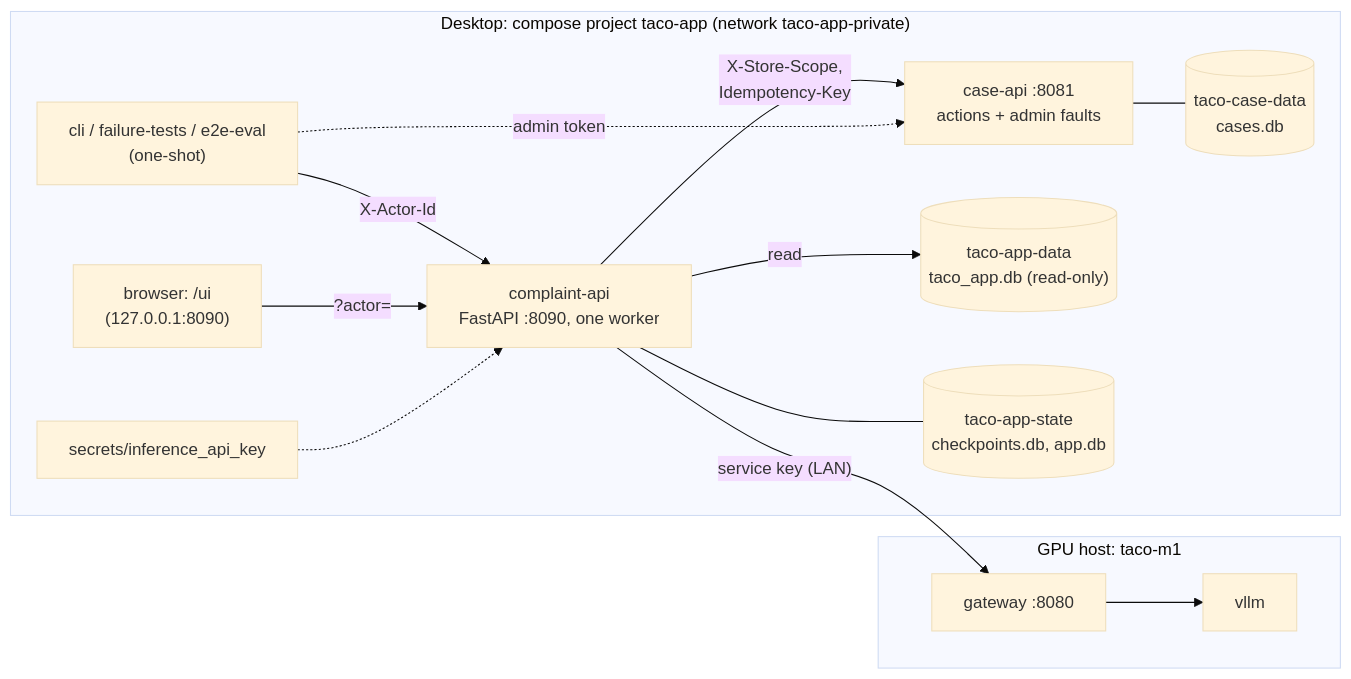
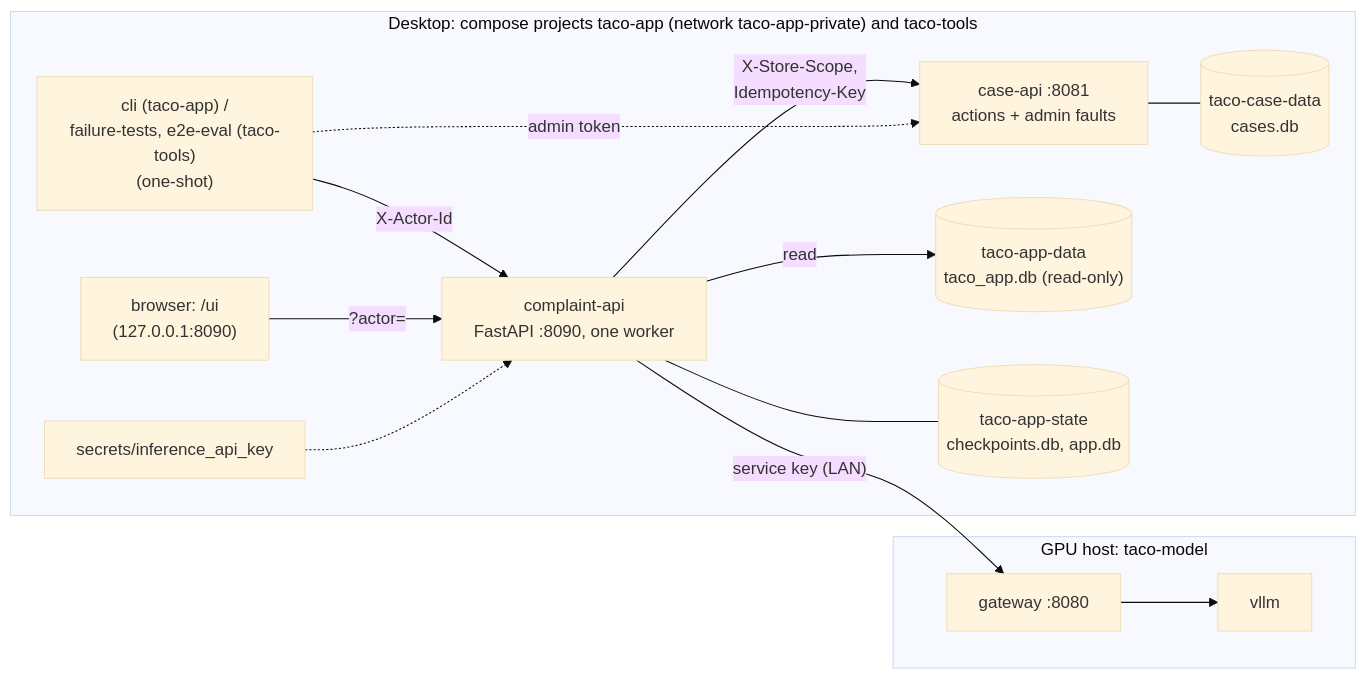
One commit to ned1313/Deploying-and-Operating-Small-Language-Model-Systems changed the eighth of 10 diagrams in ARCHITECTURE.md. Above: the diagram before and after it, drawn with Mermaid (base theme). The commit also changed other lines of this file and 67 other files, not shown here.

````diff
--- a/ARCHITECTURE.md
+++ b/ARCHITECTURE.md
@@ -225,25 +247,25 @@
 ```mermaid
 flowchart LR
-    subgraph Desktop["Desktop: compose project taco-app (network taco-app-private)"]
-        CLI["cli / failure-tests / e2e-eval<br/>(one-shot)"]
+    subgraph Desktop["Desktop: compose projects taco-app (network taco-app-private) and taco-tools"]
+        CLI["cli (taco-app) /<br/>failure-tests, e2e-eval (taco-tools)<br/>(one-shot)"]
         UI["browser: /ui<br/>(127.0.0.1:8090)"]
         API["complaint-api<br/>FastAPI :8090, one worker"]
         Case["case-api :8081<br/>actions + admin faults"]
         AppVol[("taco-app-data<br/>taco_app.db (read-only)")]
         StateVol[("taco-app-state<br/>checkpoints.db, app.db")]
         CaseVol[("taco-case-data<br/>cases.db")]
         Secret["secrets/inference_api_key"]
     end
-    subgraph GPU["GPU host: taco-m1"]
+    subgraph GPU["GPU host: taco-model"]
         GW["gateway :8080"] --> VLLM["vllm"]
     end
     CLI -- "X-Actor-Id" --> API
     UI -- "?actor=" --> API
     API -- read --> AppVol
     API --- StateVol
     API -- "X-Store-Scope,<br/>Idempotency-Key" --> Case
     Case --- CaseVol
     API -- "service key (LAN)" --> GW
     Secret -.-> API
     CLI -. "admin token" .-> Case
 ```
````
